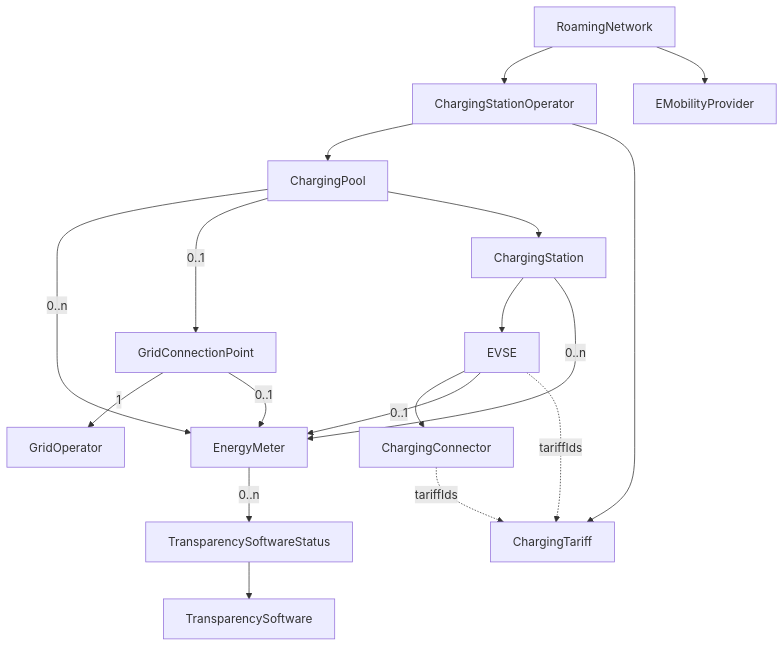
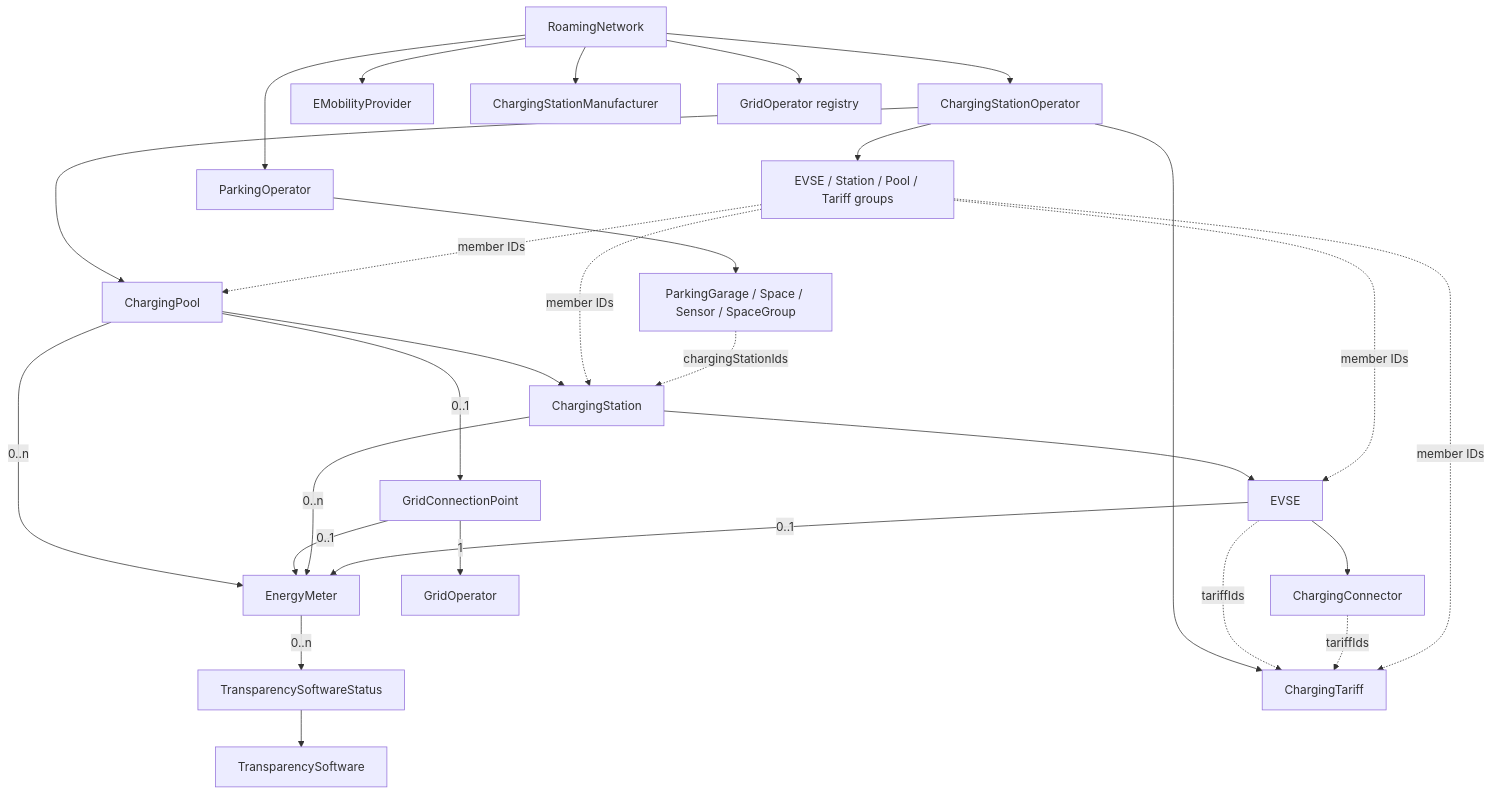
Before and after one commit to OpenChargingCloud/WWCP_POI: the diagram in README.md, drawn with Mermaid. The commit also changed other lines of this file and 59 other files, not shown here.

Commit message:
Expand versioned POI graph and add scoped runtime and element updates

````diff
--- a/README.md
+++ b/README.md
@@ -32,20 +39,30 @@
 ```mermaid
 flowchart TD
     RN[RoamingNetwork] --> CSO[ChargingStationOperator]
     RN --> EMP[EMobilityProvider]
+    RN --> Manufacturer[ChargingStationManufacturer]
+    RN --> RegisteredGO[GridOperator registry]
+    RN --> Parking[ParkingOperator]
+    Parking --> ParkNodes[ParkingGarage / Space / Sensor / SpaceGroup]
+    CSO --> Groups[EVSE / Station / Pool / Tariff groups]
     CSO --> Pool[ChargingPool]
     Pool -->|0..n| Meter[EnergyMeter]
     Pool -->|0..1| GCP[GridConnectionPoint]
     GCP -->|1| GO[GridOperator]
     GCP -->|0..1| Meter
     Pool --> Station[ChargingStation]
     Station --> EVSE
     Station -->|0..n| Meter[EnergyMeter]
     EVSE --> Connector[ChargingConnector]
     EVSE -->|0..1| Meter[EnergyMeter]
     Meter -->|0..n| SoftwareStatus[TransparencySoftwareStatus]
     SoftwareStatus --> Software[TransparencySoftware]
     CSO --> Tariff[ChargingTariff]
     EVSE -. tariffIds .-> Tariff
     Connector -. tariffIds .-> Tariff
+    Groups -. member IDs .-> EVSE
+    Groups -. member IDs .-> Station
+    Groups -. member IDs .-> Pool
+    Groups -. member IDs .-> Tariff
+    ParkNodes -. chargingStationIds .-> Station
 ```
````
